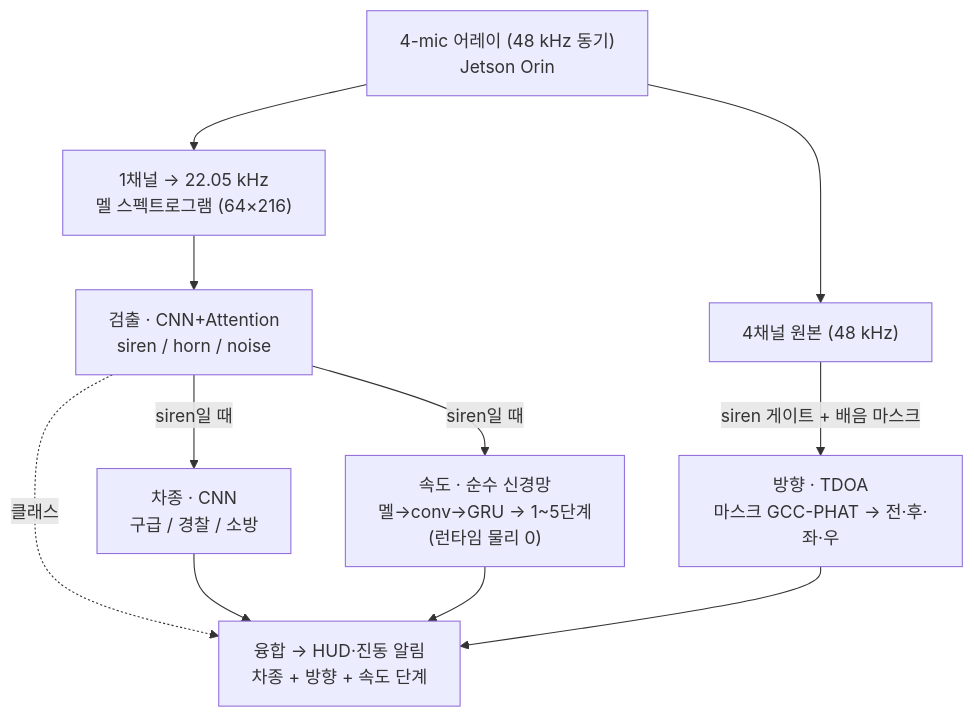
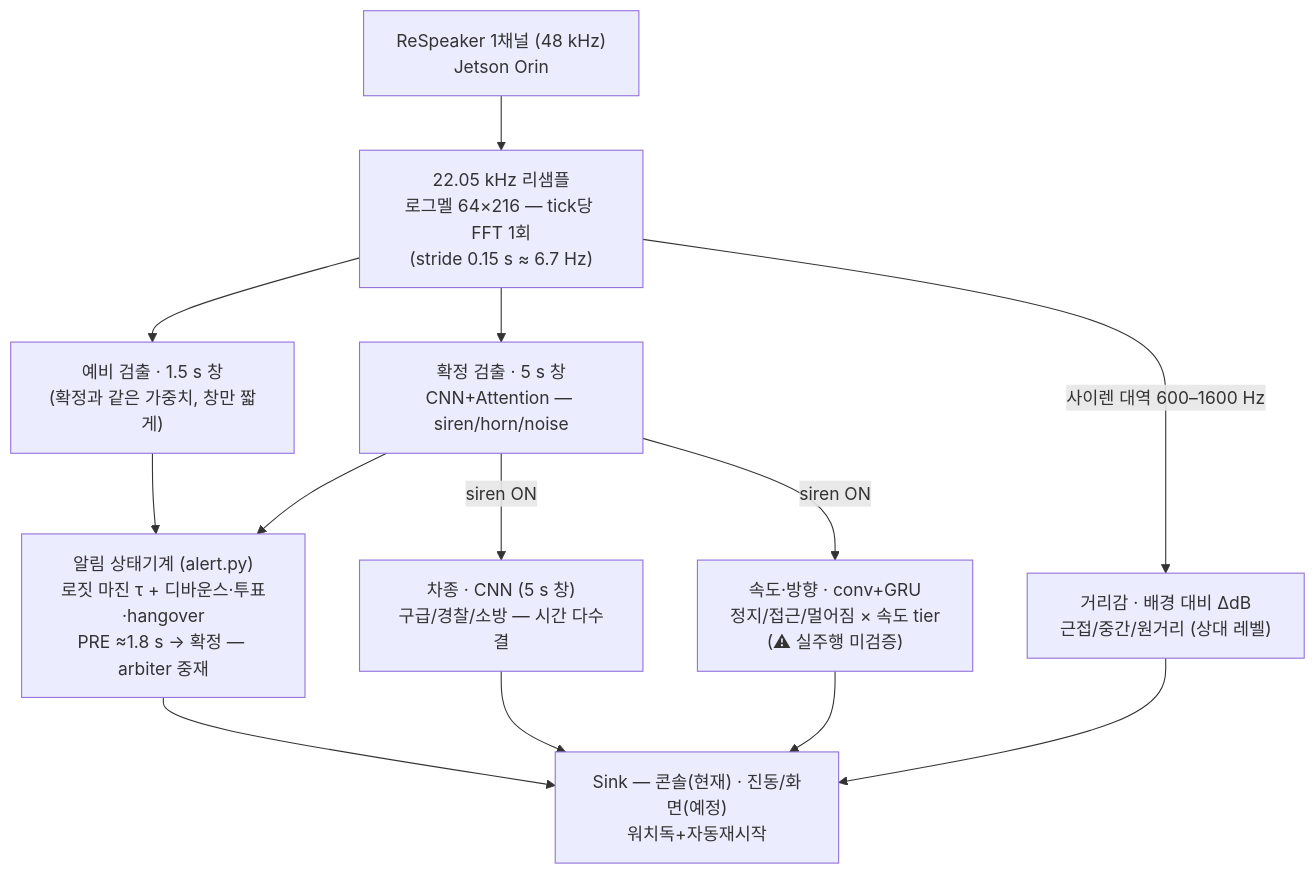
Before and after one commit to EmergencySoundAssist/ViT-CNN-Attention: the diagram in README.md, drawn with Mermaid. The commit also changed other lines of this file and 4 other files, not shown here.

````diff
--- a/README.md
+++ b/README.md
@@ -28,15 +29,17 @@
 ```mermaid
 flowchart TD
-    MIC["4-mic 어레이 (48 kHz 동기)<br/>Jetson Orin"] --> MEL["1채널 → 22.05 kHz<br/>멜 스펙트로그램 (64×216)"]
-    MIC --> RAW["4채널 원본 (48 kHz)"]
+    MIC["ReSpeaker 1채널 (48 kHz)<br/>Jetson Orin"] --> MEL["22.05 kHz 리샘플<br/>로그멜 64×216 — tick당 FFT 1회<br/>(stride 0.15 s ≈ 6.7 Hz)"]
 
-    MEL --> DET["검출 · CNN+Attention<br/>siren / horn / noise"]
-    DET -->|"siren일 때"| SUB["차종 · CNN<br/>구급 / 경찰 / 소방"]
-    DET -->|"siren일 때"| SPD["속도 · 순수 신경망<br/>멜→conv→GRU → 1~5단계<br/>(런타임 물리 0)"]
-    RAW -->|"siren 게이트 + 배음 마스크"| DIR["방향 · TDOA<br/>마스크 GCC-PHAT → 전·후·좌·우"]
+    MEL --> PRE["예비 검출 · 1.5 s 창<br/>(확정과 같은 가중치, 창만 짧게)"]
+    MEL --> DET["확정 검출 · 5 s 창<br/>CNN+Attention — siren/horn/noise"]
+    PRE --> GATE["알림 상태기계 (alert.py)<br/>로짓 마진 τ + 디바운스·투표·hangover<br/>PRE ≈1.8 s → 확정 — arbiter 중재"]
+    DET --> GATE
+    DET -->|"siren ON"| SUB["차종 · CNN (5 s 창)<br/>구급/경찰/소방 — 시간 다수결"]
+    DET -->|"siren ON"| SPD["속도·방향 · conv+GRU<br/>정지/접근/멀어짐 × 속도 tier<br/>(⚠ 실주행 미검증)"]
+    MEL -->|"사이렌 대역 600–1600 Hz"| PROX["거리감 · 배경 대비 ΔdB<br/>근접/중간/원거리 (상대 레벨)"]
 
-    DET -.->|"클래스"| FUSE
-    SUB --> FUSE
-    SPD --> FUSE
-    DIR --> FUSE["융합 → HUD·진동 알림<br/>차종 + 방향 + 속도 단계"]
+    GATE --> OUT["Sink — 콘솔(현재) · 진동/화면(예정)<br/>워치독+자동재시작"]
+    SUB --> OUT
+    SPD --> OUT
+    PROX --> OUT
 ```
````
